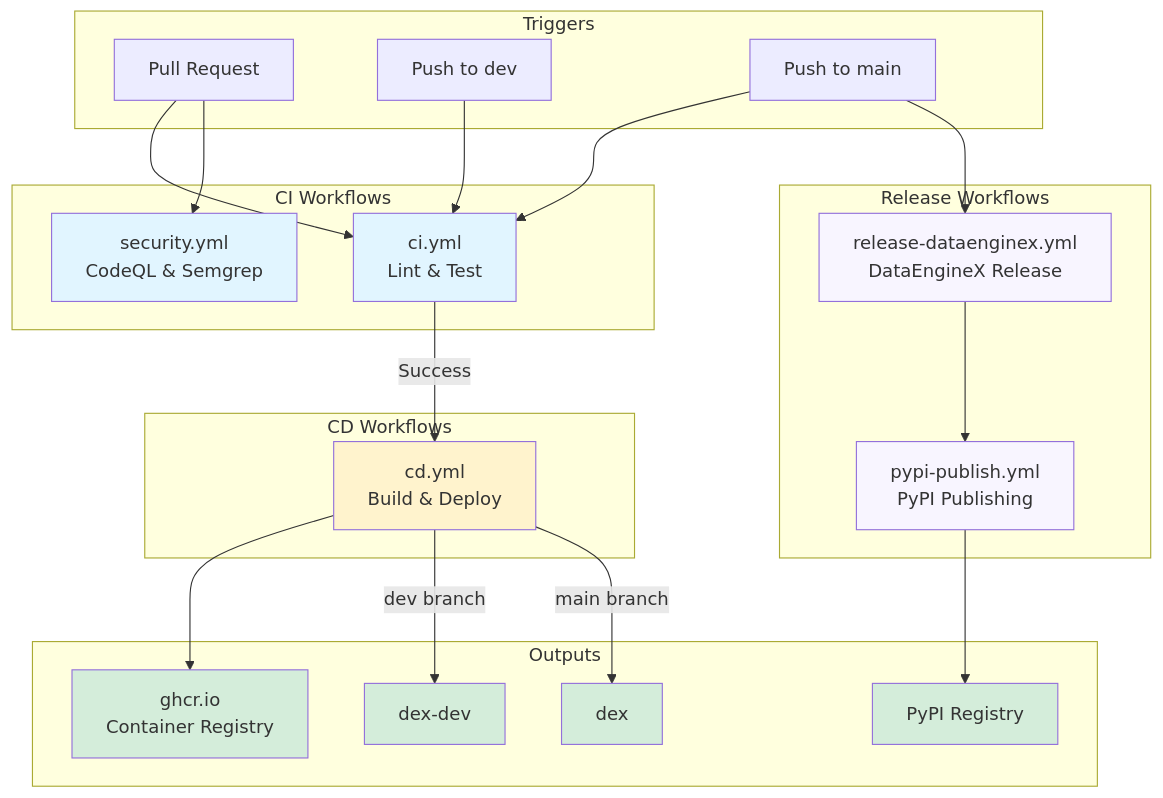
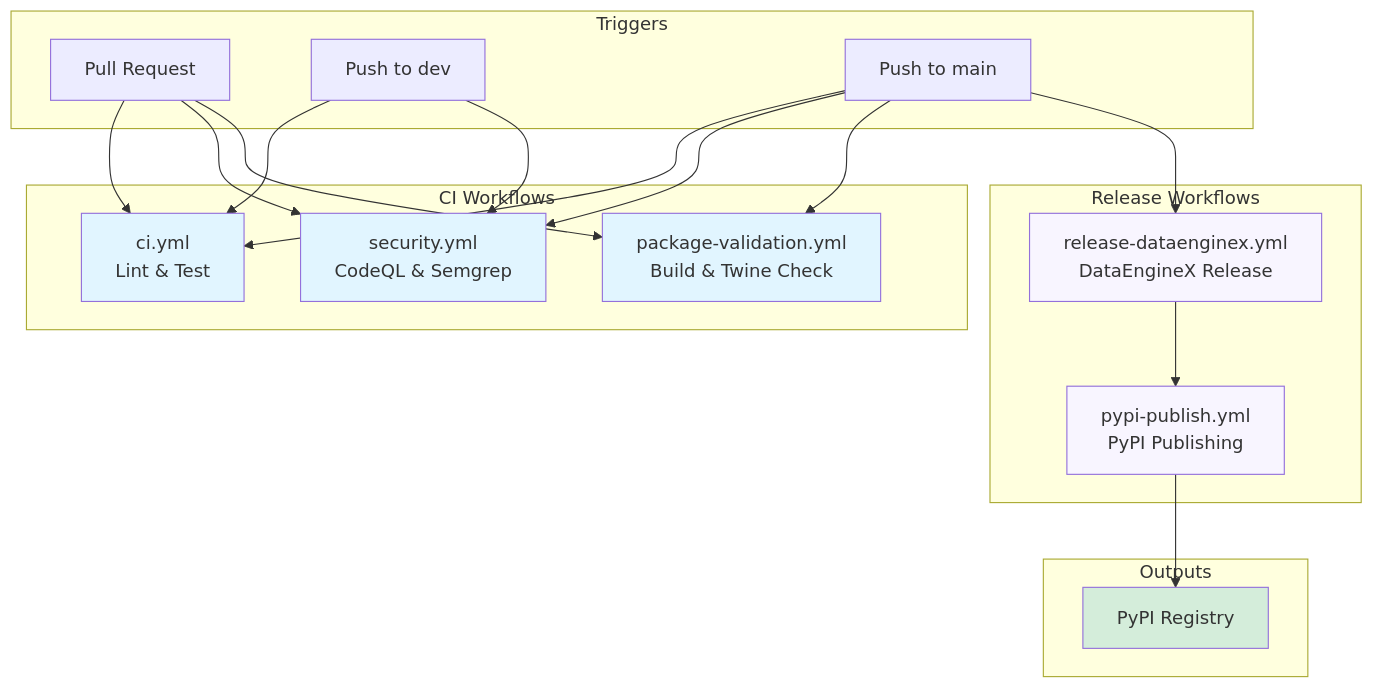
Before and after one commit to TheDataEngineX/dex: the first of 2 diagrams in .github/workflows/WORKFLOWS_GUIDE.md, drawn with Mermaid. The commit also changed other lines of this file and 66 other files, not shown here.

````diff
--- a/.github/workflows/WORKFLOWS_GUIDE.md
+++ b/.github/workflows/WORKFLOWS_GUIDE.md
@@ -9,55 +9,44 @@
 ```mermaid
 graph TB
     subgraph "Triggers"
         PR[Pull Request]
         PushDev[Push to dev]
         PushMain[Push to main]
     end
 
     subgraph "CI Workflows"
         CI[ci.yml<br/>Lint & Test]
         Security[security.yml<br/>CodeQL & Semgrep]
-    end
-
-    subgraph "CD Workflows"
-        CD[cd.yml<br/>Build & Deploy]
+        PkgVal[package-validation.yml<br/>Build & Twine Check]
     end
 
     subgraph "Release Workflows"
         RelDEX[release-dataenginex.yml<br/>DataEngineX Release]
         PyPI[pypi-publish.yml<br/>PyPI Publishing]
     end
 
     subgraph "Outputs"
-        GHCR[ghcr.io<br/>Container Registry]
-        DevK8s[dex-dev]
-        ProdK8s[dex]
         PyPIReg[PyPI Registry]
     end
 
     PR --> CI
     PR --> Security
+    PR --> PkgVal
     PushDev --> CI
+    PushDev --> Security
     PushMain --> CI
-
-    CI -->|Success| CD
+    PushMain --> Security
+    PushMain --> PkgVal
 
     PushMain --> RelDEX
     RelDEX --> PyPI
-
-    CD --> GHCR
-    CD -->|dev branch| DevK8s
-    CD -->|main branch| ProdK8s
 
     PyPI --> PyPIReg
 
     style CI fill:#e1f5ff
     style Security fill:#e1f5ff
-    style CD fill:#fff3cd
+    style PkgVal fill:#e1f5ff
     style RelDEX fill:#f8f5ff
     style PyPI fill:#f8f5ff
-    style GHCR fill:#d4edda
-    style DevK8s fill:#d4edda
-    style ProdK8s fill:#d4edda
     style PyPIReg fill:#d4edda
 ```
````
